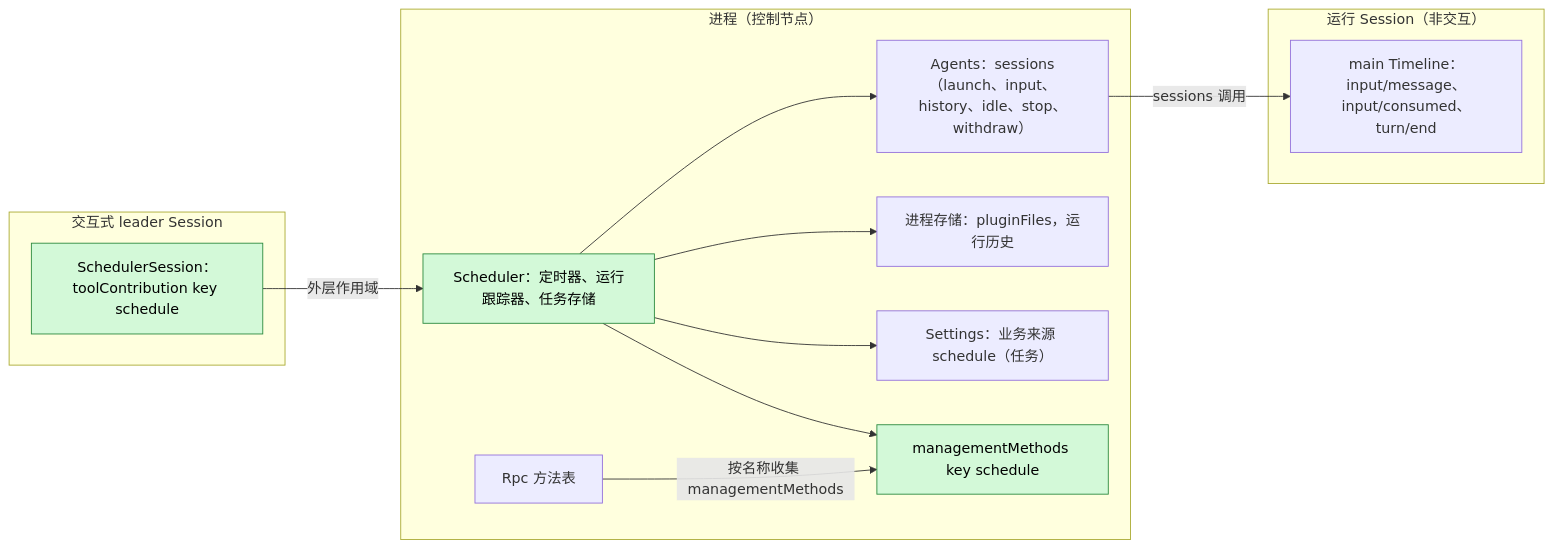
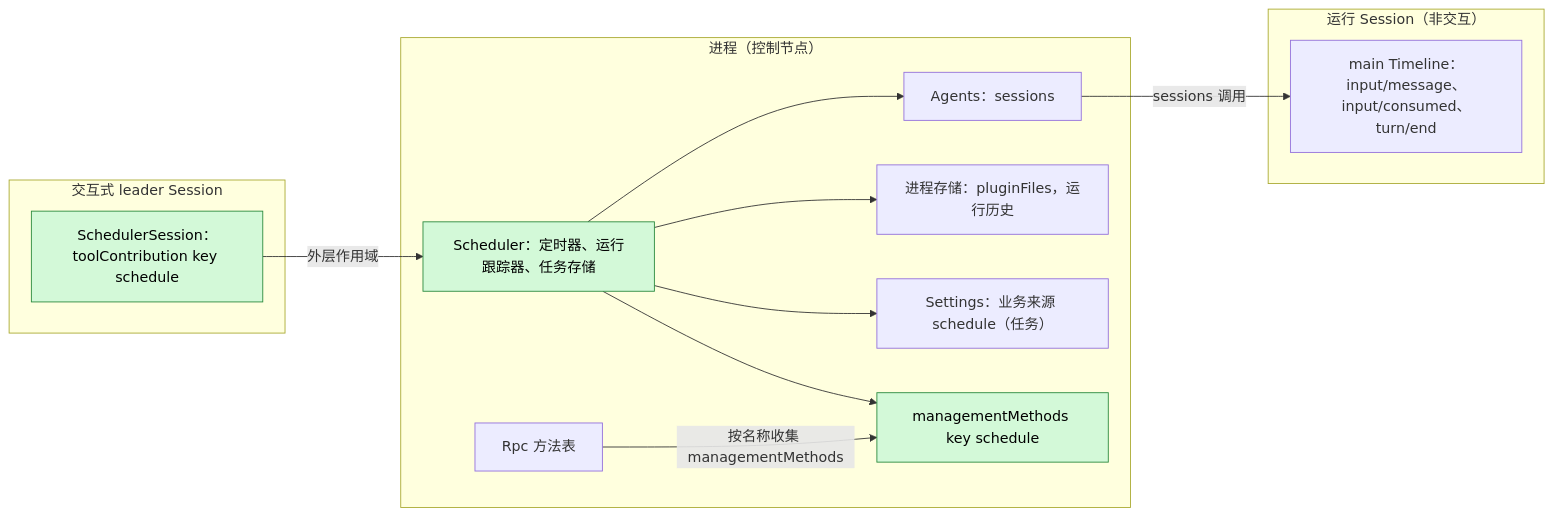
Before and after one commit to CoutinhoTTS/dim-agent: the first of 6 diagrams in docs/zh/design/plugins/Scheduler.md, drawn with Mermaid. The commit also changed other lines of this file and 3 other files, not shown here.

````diff
--- a/docs/zh/design/plugins/Scheduler.md
+++ b/docs/zh/design/plugins/Scheduler.md
@@ -15,26 +15,26 @@
 ```mermaid
 flowchart LR
   subgraph PROC["进程（控制节点）"]
     Sched["Scheduler：定时器、运行跟踪器、任务存储"]
     MM["managementMethods key schedule"]
-    Agents["Agents：sessions（launch、input、history、idle、stop、withdraw）"]
+    Agents["Agents：sessions"]
     Rpc["Rpc 方法表"]
     Store["进程存储：pluginFiles，运行历史"]
     Set["Settings：业务来源 schedule（任务）"]
   end
   subgraph SESS["交互式 leader Session"]
     Tool["SchedulerSession：toolContribution key schedule"]
   end
   subgraph RUN["运行 Session（非交互）"]
     TL["main Timeline：input/message、input/consumed、turn/end"]
   end
   Tool -->|"外层作用域"| Sched
   Sched --> Agents
   Sched --> Store
   Sched --> Set
   Sched --> MM
   Rpc -->|"按名称收集 managementMethods"| MM
   Agents -->|"sessions 调用"| TL
   classDef new fill:#d3f9d8,stroke:#2b8a3e,color:#000
   class Sched,MM,Tool new
 ```
````
